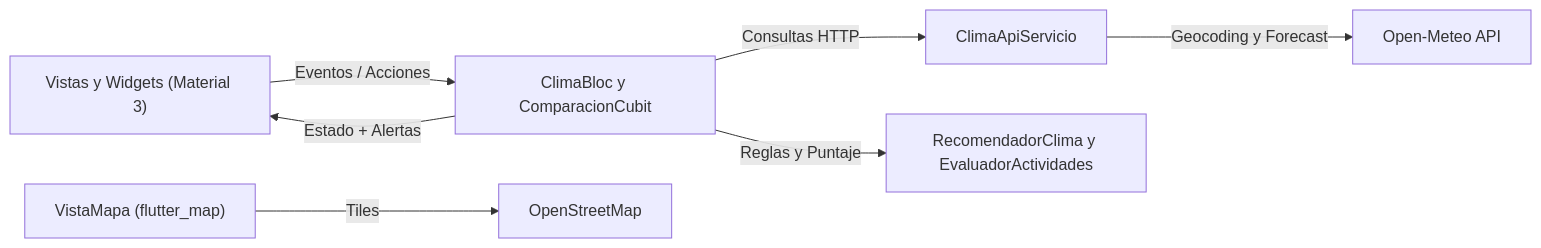
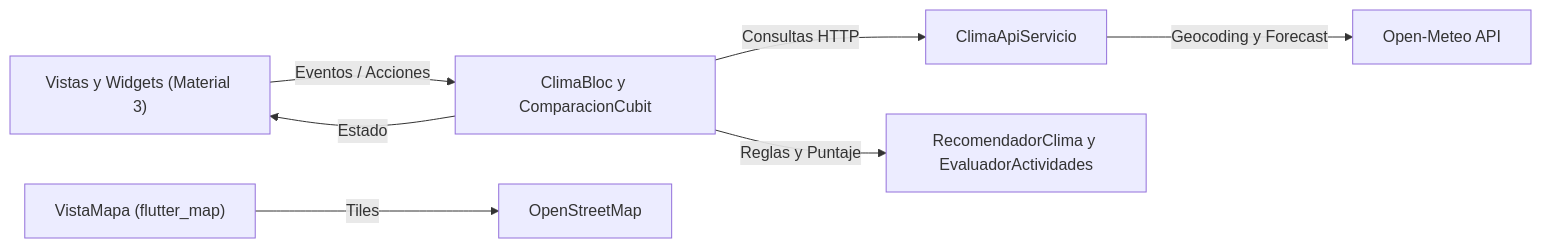
One commit to JovaniTL/Climap_flutter changed the diagram in README.md. Above: the diagram before and after it, drawn with Mermaid. The commit also changed other lines of this file and 17 other files, not shown here.

````diff
--- a/README.md
+++ b/README.md
@@ -111,9 +111,9 @@
 ```mermaid
 flowchart LR
     UI["Vistas y Widgets (Material 3)"] -->|"Eventos / Acciones"| BLOC["ClimaBloc y ComparacionCubit"]
     BLOC -->|"Consultas HTTP"| API["ClimaApiServicio"]
     API -->|"Geocoding y Forecast"| OM["Open-Meteo API"]
     BLOC -->|"Reglas y Puntaje"| UTIL["RecomendadorClima y EvaluadorActividades"]
-    BLOC -->|"Estado + Alertas"| UI
+    BLOC -->|"Estado"| UI
     MAP["VistaMapa (flutter_map)"] -->|"Tiles"| OSM["OpenStreetMap"]
 ```
````
